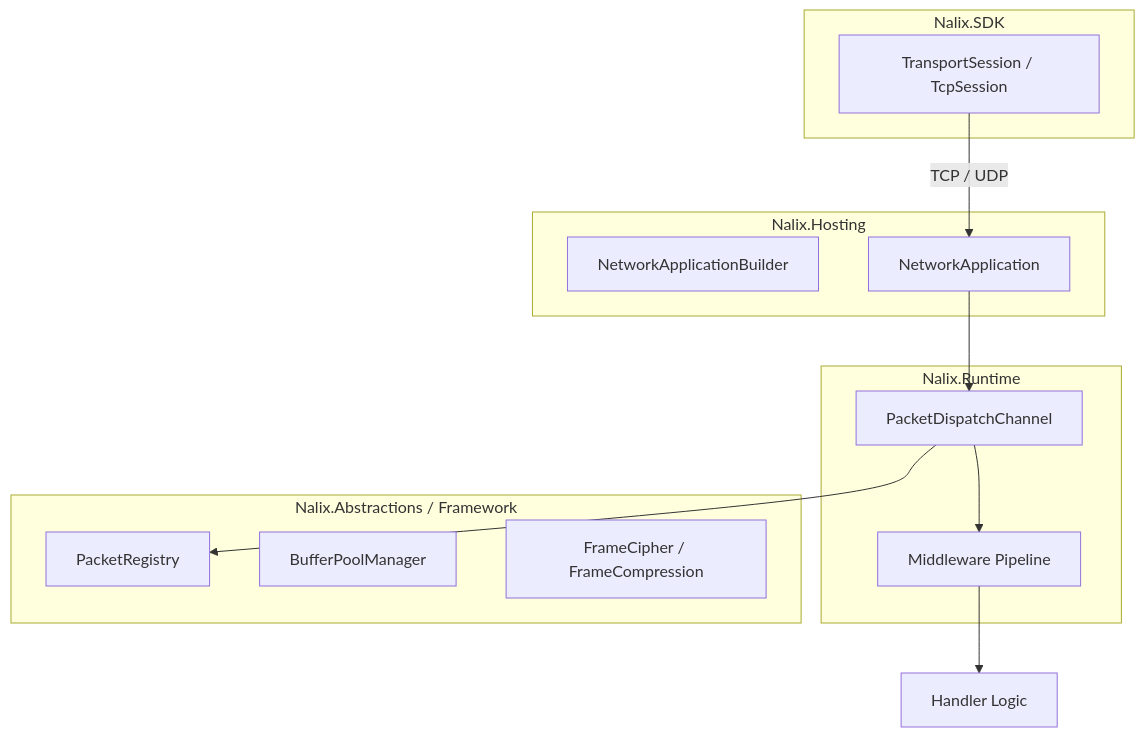
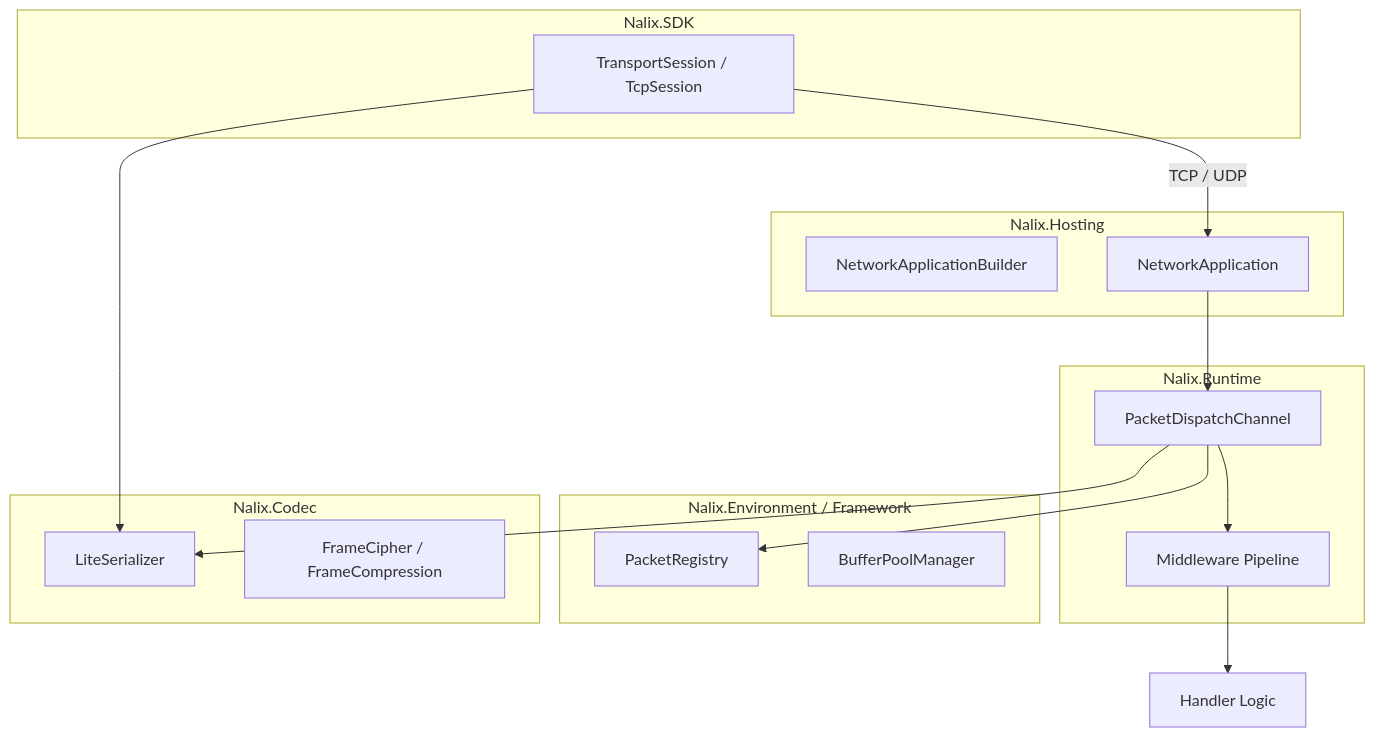
Before and after one commit to ppn-systems/Nalix: the diagram in docs/index.md, drawn with Mermaid. The commit also changed other lines of this file and 69 other files, not shown here.

````diff
--- a/docs/index.md
+++ b/docs/index.md
@@ -89,28 +89,35 @@
 ```mermaid
 graph TD
     subgraph Client ["Nalix.SDK"]
         Session["TransportSession / TcpSession"]
     end
 
     subgraph Server ["Nalix.Hosting"]
         Builder["NetworkApplicationBuilder"]
         Host["NetworkApplication"]
     end
 
     subgraph Runtime ["Nalix.Runtime"]
         Dispatch["PacketDispatchChannel"]
         Middleware["Middleware Pipeline"]
     end
 
-    subgraph Base ["Nalix.Abstractions / Framework"]
+    subgraph Base ["Nalix.Environment / Framework"]
         Registry["PacketRegistry"]
         Pool["BufferPoolManager"]
+    end
+
+    subgraph Core ["Nalix.Codec"]
+        Serialization["LiteSerializer"]
         Crypto["FrameCipher / FrameCompression"]
     end
 
     Session -- "TCP / UDP" --> Host
     Host --> Dispatch
     Dispatch --> Registry
     Dispatch --> Middleware
     Middleware --> Handlers["Handler Logic"]
+    
+    Dispatch --> Serialization
+    Session --> Serialization
 ```
````
